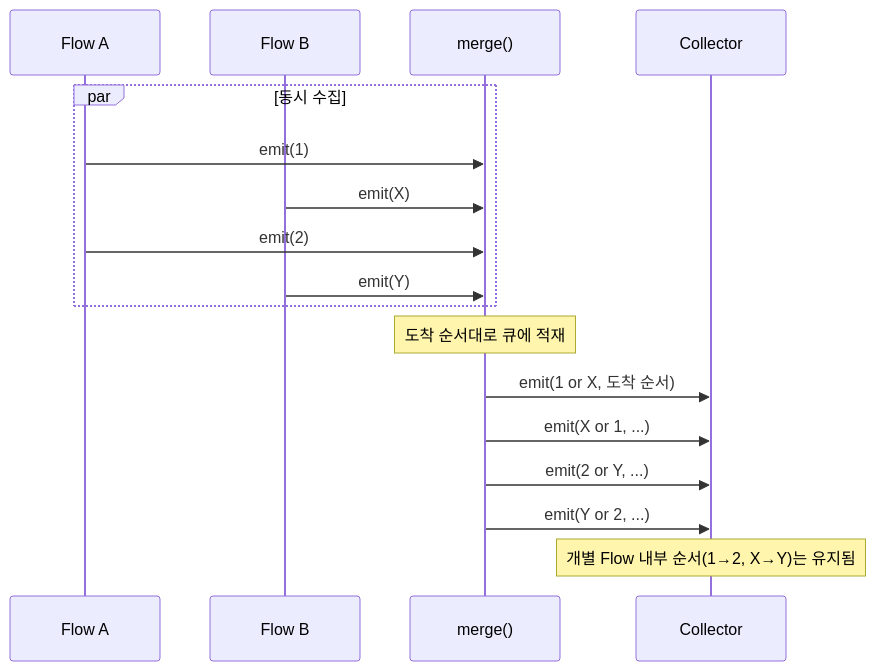
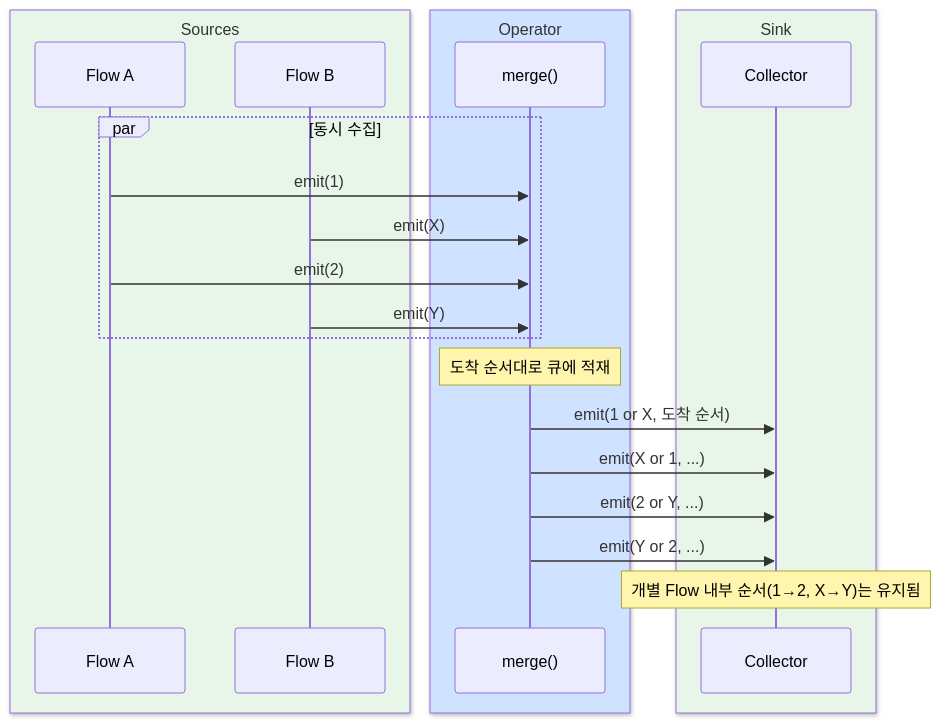
Diagram 13 of 16 in bluetape4k/coroutines/README.ko.md (bluetape4k/bluetape4k-projects), drawn with Mermaid before and after one commit. The commit also changed other lines of this file and 221 other files, not shown here.

First line of the commit message:
docs: 전체 모듈 README UML 다이어그램 보강 및 색상 업그레이드

````diff
--- a/bluetape4k/coroutines/README.ko.md
+++ b/bluetape4k/coroutines/README.ko.md
@@ -544,20 +635,26 @@
 ```mermaid
 sequenceDiagram
-    participant F1 as Flow A
-    participant F2 as Flow B
-    participant M as merge()
-    participant R as Collector
+    box rgb(232, 245, 233) Sources
+        participant F1 as Flow A
+        participant F2 as Flow B
+    end
+    box rgb(207, 226, 255) Operator
+        participant M as merge()
+    end
+    box rgb(232, 245, 233) Sink
+        participant R as Collector
+    end
 
     par 동시 수집
         F1 ->> M: emit(1)
         F2 ->> M: emit(X)
         F1 ->> M: emit(2)
         F2 ->> M: emit(Y)
     end
     Note over M: 도착 순서대로 큐에 적재
     M ->> R: emit(1 or X, 도착 순서)
     M ->> R: emit(X or 1, ...)
     M ->> R: emit(2 or Y, ...)
     M ->> R: emit(Y or 2, ...)
     Note over R: 개별 Flow 내부 순서(1→2, X→Y)는 유지됨
 ```
````
